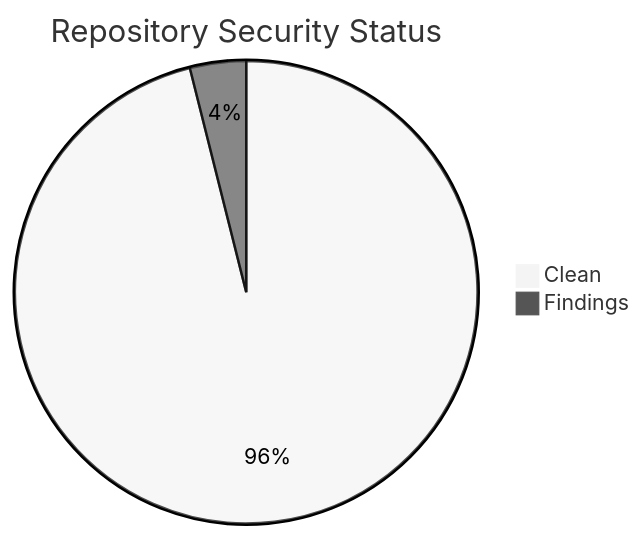
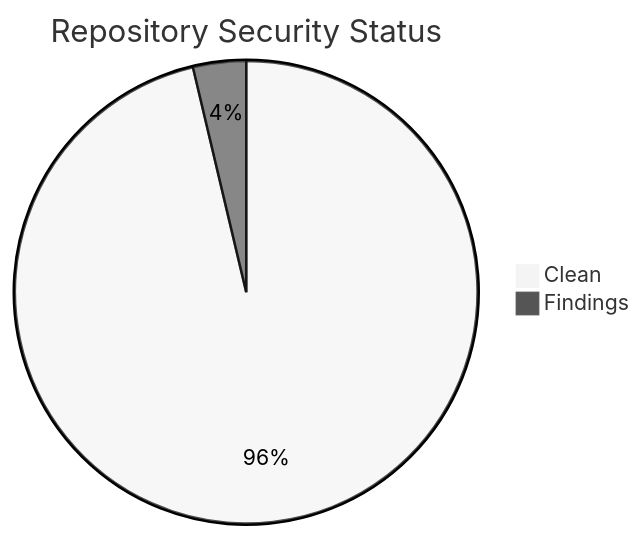
The second of 2 diagrams in projects/status.md (icepaule/icepaule.github.io), drawn with Mermaid (neutral theme) before and after one commit. The commit also changed other lines of this file and 7 other files, not shown here.

````diff
--- a/projects/status.md
+++ b/projects/status.md
@@ -114,5 +117,5 @@
 ```mermaid
 pie title Repository Security Status
-    "Clean" : 49
+    "Clean" : 52
     "Findings" : 2
 ```
````
